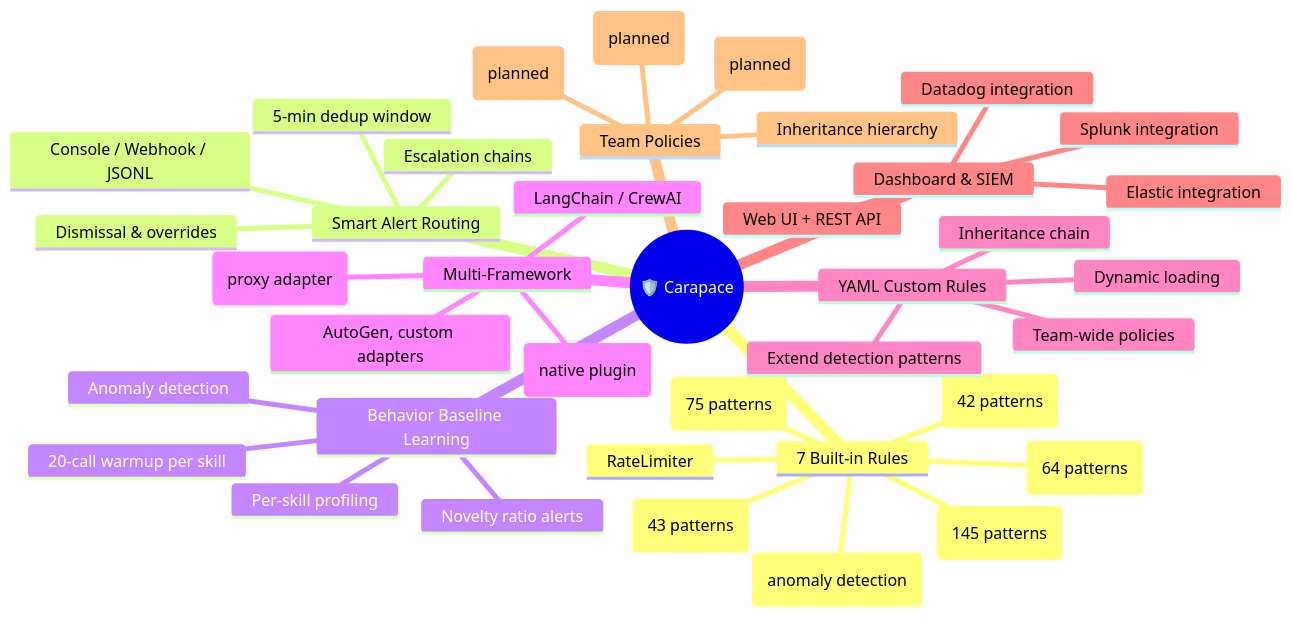
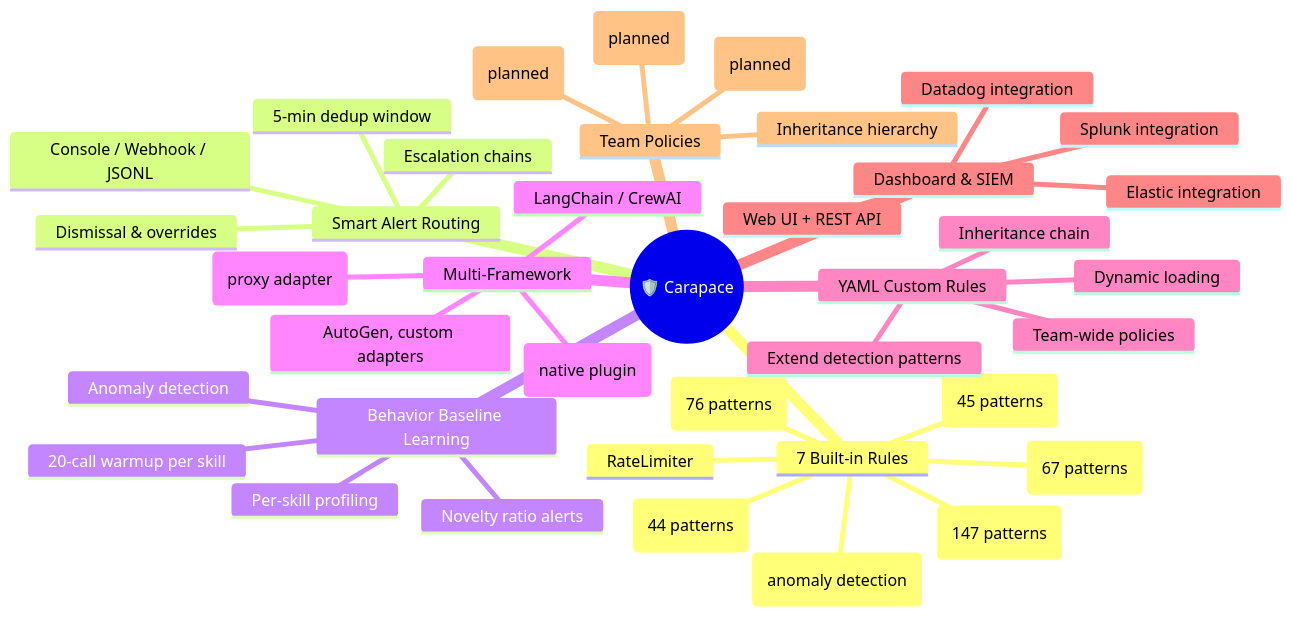
The first of 4 diagrams in README.md (yeasy/carapace), drawn with Mermaid before and after one commit. The commit also changed other lines of this file and 3 other files, not shown here.

````diff
--- a/README.md
+++ b/README.md
@@ -70,42 +70,42 @@
 ```mermaid
 mindmap
   root((🛡️ Carapace))
     7 Built-in Rules
-      ExecGuard (145 patterns)
-      PathGuard (75 patterns)
-      NetworkGuard (43 patterns)
+      ExecGuard (147 patterns)
+      PathGuard (76 patterns)
+      NetworkGuard (44 patterns)
       RateLimiter
-      PromptInjection (42 patterns)
-      DataExfil (64 patterns)
+      PromptInjection (45 patterns)
+      DataExfil (67 patterns)
       BaselineDrift (anomaly detection)
     Smart Alert Routing
       5-min dedup window
       Escalation chains
       Dismissal & overrides
       Console / Webhook / JSONL
     Behavior Baseline Learning
       20-call warmup per skill
       Per-skill profiling
       Anomaly detection
       Novelty ratio alerts
     Multi-Framework
       OpenClaw (native plugin)
       MCP (proxy adapter)
       LangChain / CrewAI
       AutoGen, custom adapters
     YAML Custom Rules
       Extend detection patterns
       Team-wide policies
       Inheritance chain
       Dynamic loading
     Dashboard & SIEM
       Web UI + REST API
       Splunk integration
       Elastic integration
       Datadog integration
     Team Policies
       Inheritance hierarchy
       Role-based access (planned)
       Policy versioning (planned)
       Audit logging (planned)
 ```
````
